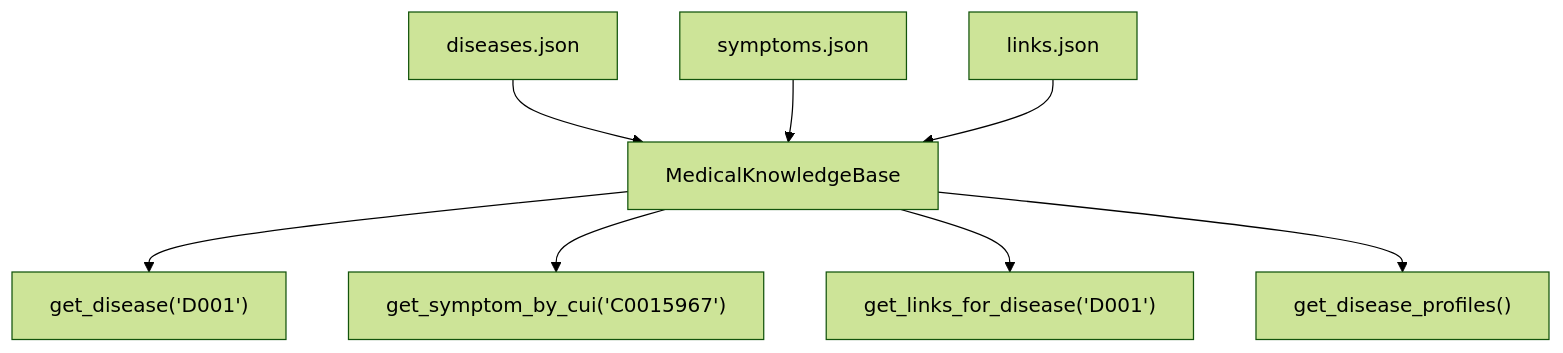
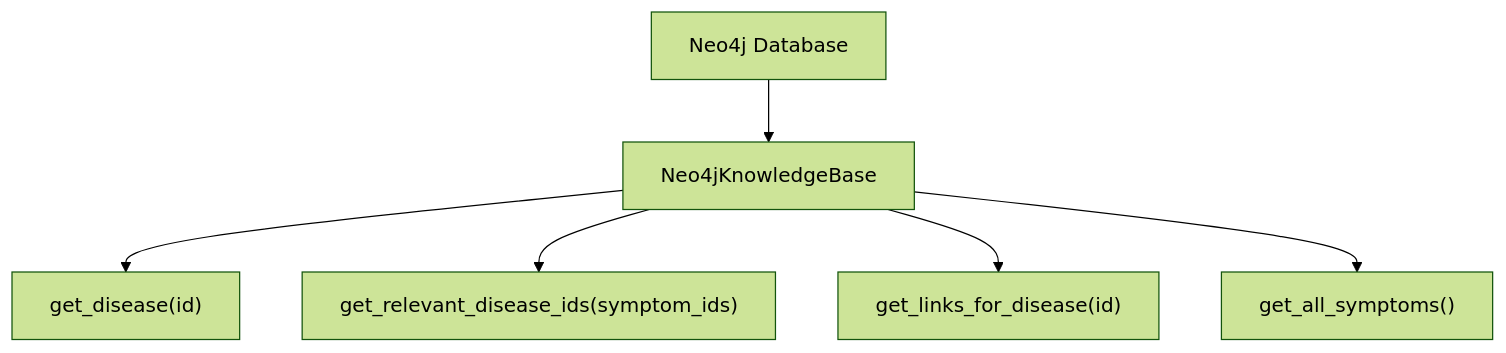
Before and after one commit to Gabrielc476/projeto-medico: the second of 2 diagrams in brain/03-Motor-Python/03 — Base de Conhecimento.md, drawn with Mermaid (forest theme). The commit also changed other lines of this file and 39 other files, not shown here.

First line of the commit message:
feat(diagnostic-engine): integrate Neo4j knowledge base and optimize Bayesian pipeline

````diff
--- a/brain/03-Motor-Python/03 — Base de Conhecimento.md
+++ b/brain/03-Motor-Python/03 — Base de Conhecimento.md
@@ -88,10 +76,8 @@
 ```mermaid
 graph TD
-    A["diseases.json"] --> L["MedicalKnowledgeBase"]
-    B["symptoms.json"] --> L
-    C["links.json"] --> L
-    L --> D["get_disease('D001')"]
-    L --> E["get_symptom_by_cui('C0015967')"]
-    L --> F["get_links_for_disease('D001')"]
-    L --> G["get_disease_profiles()"]
+    A["Neo4j Database"] --> L["Neo4jKnowledgeBase"]
+    L --> D["get_disease(id)"]
+    L --> E["get_relevant_disease_ids(symptom_ids)"]
+    L --> F["get_links_for_disease(id)"]
+    L --> G["get_all_symptoms()"]
 ```
````
